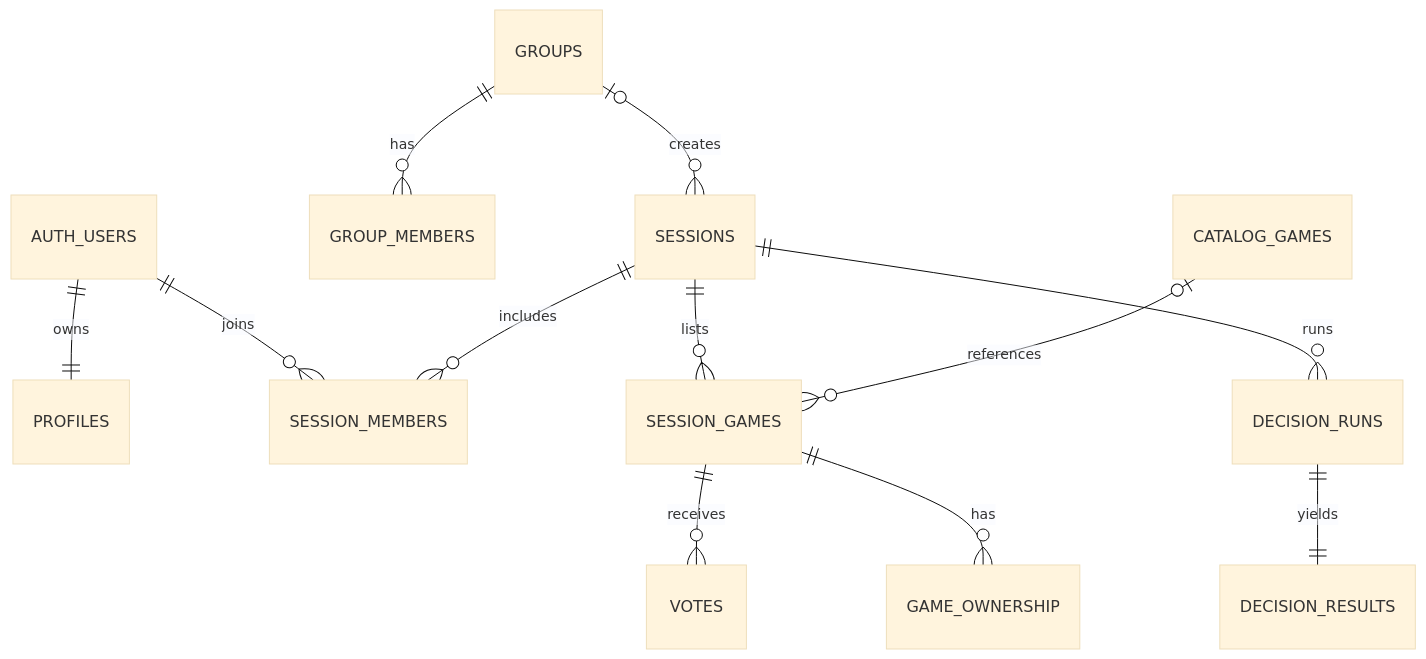
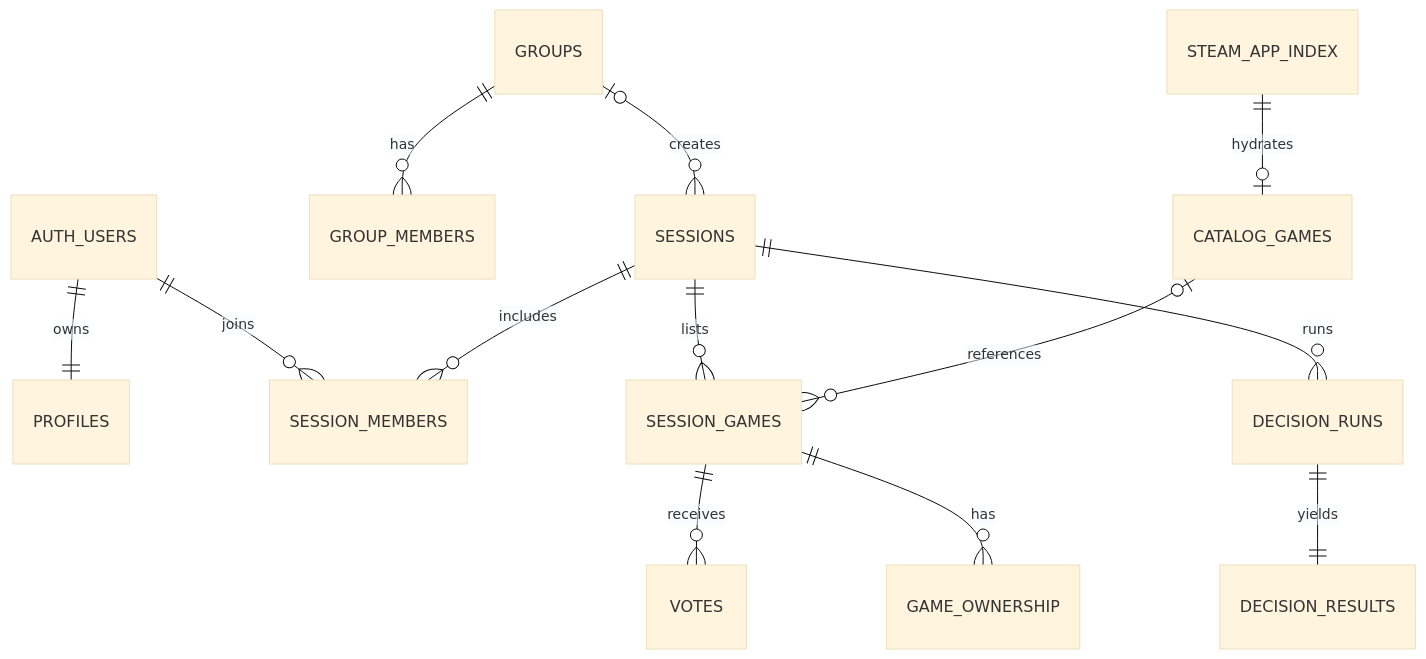
One commit to guisba/Listed changed the diagram in docs/database.md. Above: the diagram before and after it, drawn with Mermaid (base theme). The commit also changed other lines of this file and 31 other files, not shown here.

Commit message:
fix: rebuild Steam catalog integration

````diff
--- a/docs/database.md
+++ b/docs/database.md
@@ -5,14 +5,15 @@
 ```mermaid
 erDiagram
   AUTH_USERS ||--|| PROFILES : owns
   AUTH_USERS ||--o{ SESSION_MEMBERS : joins
   GROUPS ||--o{ GROUP_MEMBERS : has
   GROUPS o|--o{ SESSIONS : creates
   SESSIONS ||--o{ SESSION_GAMES : lists
   SESSIONS ||--o{ SESSION_MEMBERS : includes
   CATALOG_GAMES o|--o{ SESSION_GAMES : references
+  STEAM_APP_INDEX ||--o| CATALOG_GAMES : hydrates
   SESSION_GAMES ||--o{ VOTES : receives
   SESSION_GAMES ||--o{ GAME_OWNERSHIP : has
   SESSIONS ||--o{ DECISION_RUNS : runs
   DECISION_RUNS ||--|| DECISION_RESULTS : yields
 ```
````
